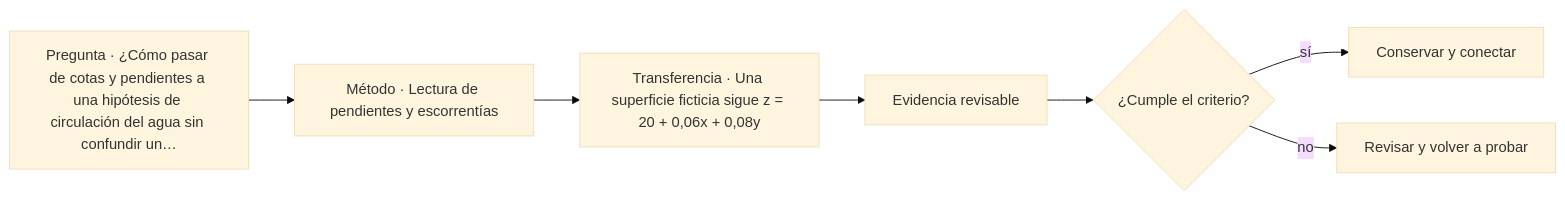
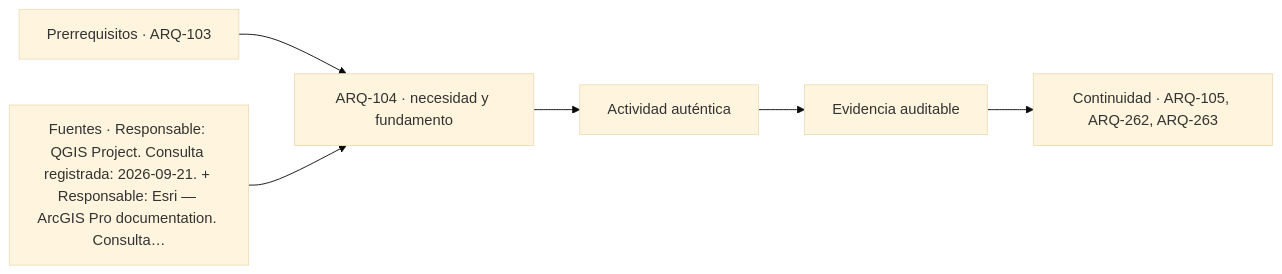
The diagram in classes/parte-11/ARQ-104.md (vladimiracunadev-create/architecture-built-environment-learning-program), drawn with Mermaid (base theme) before and after one commit. The commit also changed other lines of this file and 761 other files, not shown here.

````diff
--- a/classes/parte-11/ARQ-104.md
+++ b/classes/parte-11/ARQ-104.md
@@ -112,9 +124,8 @@
 ```mermaid
 flowchart LR
-    Q["Pregunta · ¿Cómo pasar de cotas y pendientes a una hipótesis de circulación del agua sin confundir un…"] --> M["Método · Lectura de pendientes y escorrentías"]
-    M --> P["Transferencia · Una superficie ficticia sigue z = 20 + 0,06x + 0,08y"]
-    P --> E["Evidencia revisable"]
-    E --> C{"¿Cumple el criterio?"}
-    C -->|sí| T["Conservar y conectar"]
-    C -->|no| R["Revisar y volver a probar"]
+    A["Prerrequisitos · ARQ-103"] --> B["ARQ-104 · necesidad y fundamento"]
+    S["Fuentes · Responsable: QGIS Project. Consulta registrada: 2026-09-21. + Responsable: Esri — ArcGIS Pro documentation. Consulta…"] --> B
+    B --> C["Actividad auténtica"]
+    C --> D["Evidencia auditable"]
+    D --> E["Continuidad · ARQ-105, ARQ-262, ARQ-263"]
 ```
````
